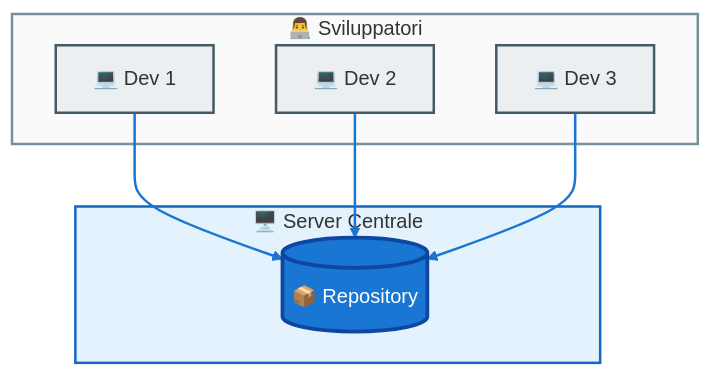
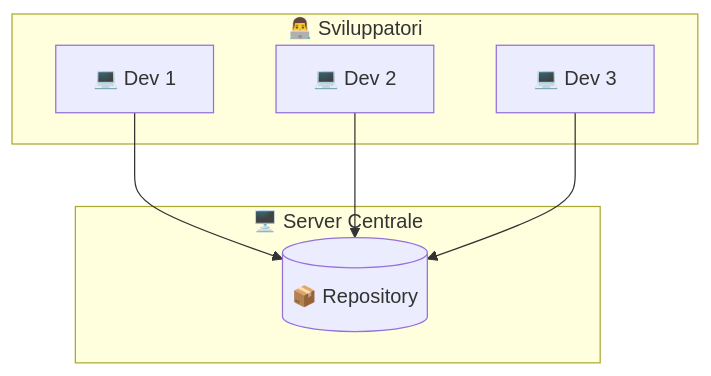
Before and after one commit to DaveFV91/GitCourse: the second of 7 diagrams in 01-teoria/01-vcs-git-basics.md, drawn with Mermaid. The commit also changed other lines of this file and 1 other file, not shown here.

````diff
--- a/01-teoria/01-vcs-git-basics.md
+++ b/01-teoria/01-vcs-git-basics.md
@@ -74,25 +31,16 @@
-```mermaid
+:::mermaid
 flowchart TD
     subgraph SERVER["🖥️ Server Centrale"]
         S[("📦 Repository")]
     end
     
     subgraph DEVS["👨‍💻 Sviluppatori"]
         A["💻 Dev 1"]
         B["💻 Dev 2"]
         C["💻 Dev 3"]
     end
     
     A --> S
     B --> S
     C --> S
-    
-    style SERVER fill:#E3F2FD,stroke:#1565C2,stroke-width:2px
-    style DEVS fill:#FAFAFA,stroke:#78909C,stroke-width:2px
-    style S fill:#1976D2,stroke:#0D47A1,stroke-width:3px,color:#fff
-    style A fill:#ECEFF1,stroke:#455A64,stroke-width:2px,color:#333
-    style B fill:#ECEFF1,stroke:#455A64,stroke-width:2px,color:#333
-    style C fill:#ECEFF1,stroke:#455A64,stroke-width:2px,color:#333
-    
-    linkStyle default stroke:#1976D2,stroke-width:2px
-```
+:::
````
